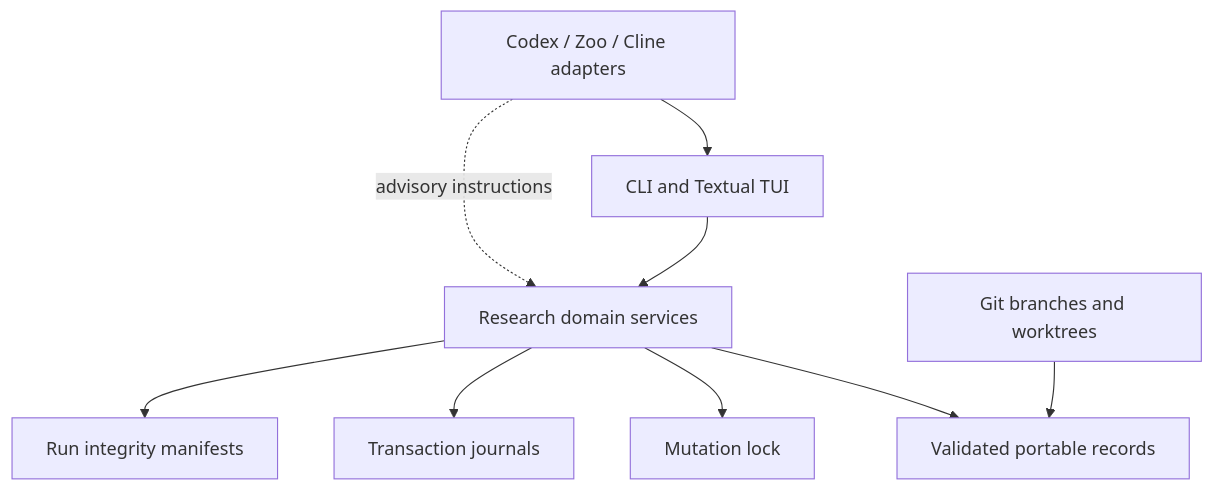
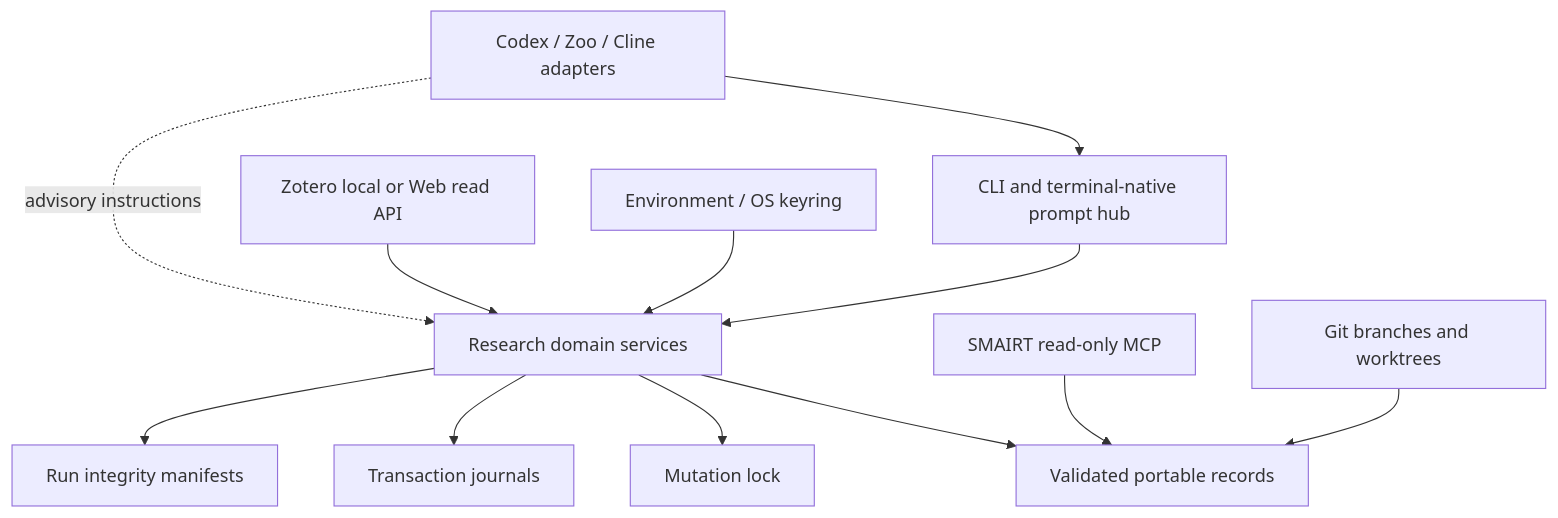
The diagram in docs/ARCHITECTURE.md (sarodarte2/smairt-toolkit), drawn with Mermaid before and after one commit. The commit also changed other lines of this file and 45 other files, not shown here.

````diff
--- a/docs/ARCHITECTURE.md
+++ b/docs/ARCHITECTURE.md
@@ -8,11 +8,14 @@
 ```mermaid
 flowchart TB
-    UI["CLI and Textual TUI"] --> D["Research domain services"]
+    UI["CLI and terminal-native prompt hub"] --> D["Research domain services"]
     D --> S["Validated portable records"]
     D --> L["Mutation lock"]
     D --> T["Transaction journals"]
     D --> I["Run integrity manifests"]
     H["Codex / Zoo / Cline adapters"] --> UI
     H -. advisory instructions .-> D
+    M["SMAIRT read-only MCP"] --> S
+    Z["Zotero local or Web read API"] --> D
+    K["Environment / OS keyring"] --> D
     G["Git branches and worktrees"] --> S
 ```
````
